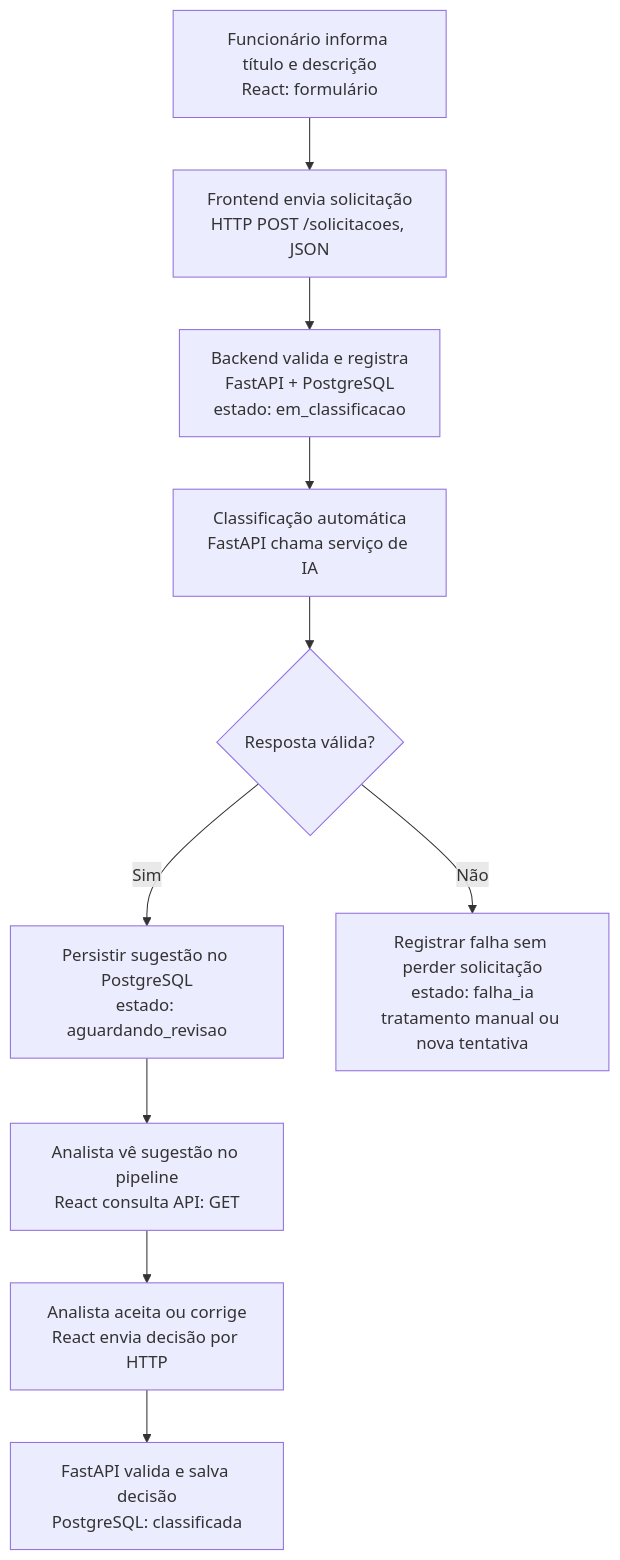
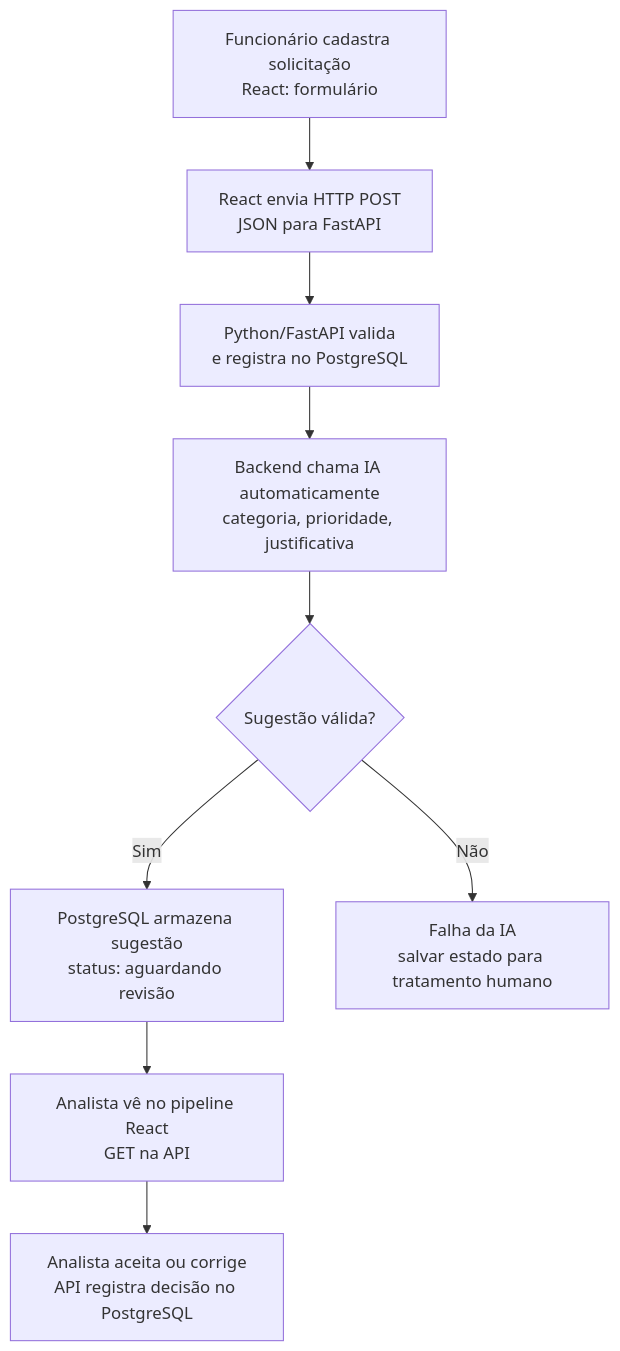
Before and after one commit to waldirevora/ai-request-classifier: the diagram in docs/PLANO_DE_ESTUDOS_E_DICAS.md, drawn with Mermaid. The commit also changed other lines of this file and 1 other file, not shown here.

Commit message:
feat: adiciona serializacao JSON de solicitacoes

````diff
--- a/docs/PLANO_DE_ESTUDOS_E_DICAS.md
+++ b/docs/PLANO_DE_ESTUDOS_E_DICAS.md
@@ -17,16 +14,15 @@
 ```mermaid
 flowchart TD
-    A["Funcionário informa título e descrição<br/>React: formulário"]
-    B["Frontend envia solicitação<br/>HTTP POST /solicitacoes, JSON"]
-    C["Backend valida e registra<br/>FastAPI + PostgreSQL<br/>estado: em_classificacao"]
-    D["Classificação automática<br/>FastAPI chama serviço de IA"]
-    E{"Resposta válida?"}
-    F["Persistir sugestão no PostgreSQL<br/>estado: aguardando_revisao"]
-    G["Analista vê sugestão no pipeline<br/>React consulta API: GET"]
-    H["Analista aceita ou corrige<br/>React envia decisão por HTTP"]
-    I["FastAPI valida e salva decisão<br/>PostgreSQL: classificada"]
-    J["Registrar falha sem perder solicitação<br/>estado: falha_ia<br/>tratamento manual ou nova tentativa"]
+    A["Funcionário cadastra solicitação<br/>React: formulário"]
+    B["React envia HTTP POST<br/>JSON para FastAPI"]
+    C["Python/FastAPI valida<br/>e registra no PostgreSQL"]
+    D["Backend chama IA automaticamente<br/>categoria, prioridade, justificativa"]
+    E{"Sugestão válida?"}
+    F["PostgreSQL armazena sugestão<br/>status: aguardando revisão"]
+    G["Analista vê no pipeline React<br/>GET na API"]
+    H["Analista aceita ou corrige<br/>API registra decisão no PostgreSQL"]
+    I["Falha da IA<br/>salvar estado para tratamento humano"]
     A --> B --> C --> D --> E
-    E -->|Sim| F --> G --> H --> I
-    E -->|Não| J
+    E -->|Sim| F --> G --> H
+    E -->|Não| I
 ```
````
